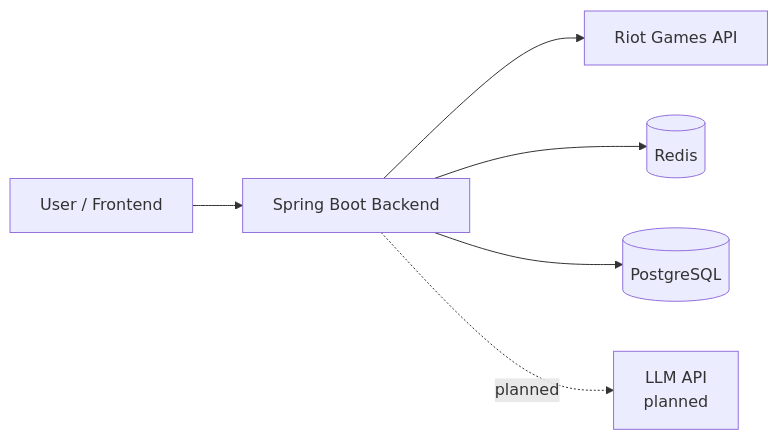
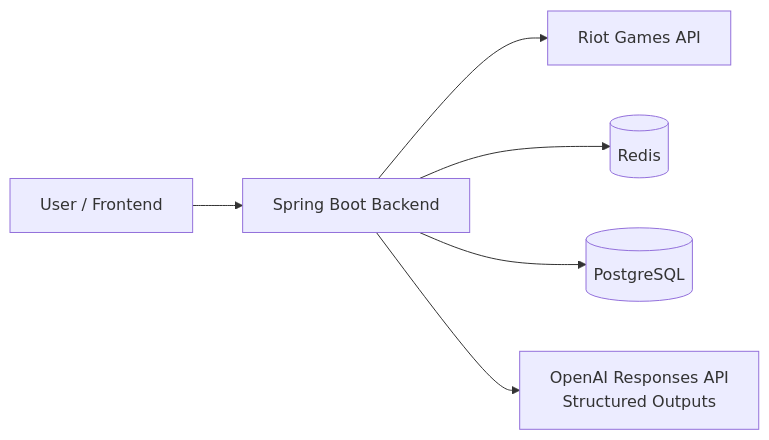
The diagram in docs/architecture.md (Nekke0409/lol-insight), drawn with Mermaid before and after one commit. The commit also changed other lines of this file and 29 other files, not shown here.

````diff
--- a/docs/architecture.md
+++ b/docs/architecture.md
@@ -44,15 +44,15 @@
 ```mermaid
 flowchart LR
     User[User / Frontend]
     App[Spring Boot Backend]
     Riot[Riot Games API]
     Cache[(Redis)]
     DB[(PostgreSQL)]
-    LLM[LLM API<br/>planned]
+    LLM[OpenAI Responses API<br/>Structured Outputs]
 
     User --> App
     App --> Riot
     App --> Cache
     App --> DB
-    App -. planned .-> LLM
+    App --> LLM
 ```
````
